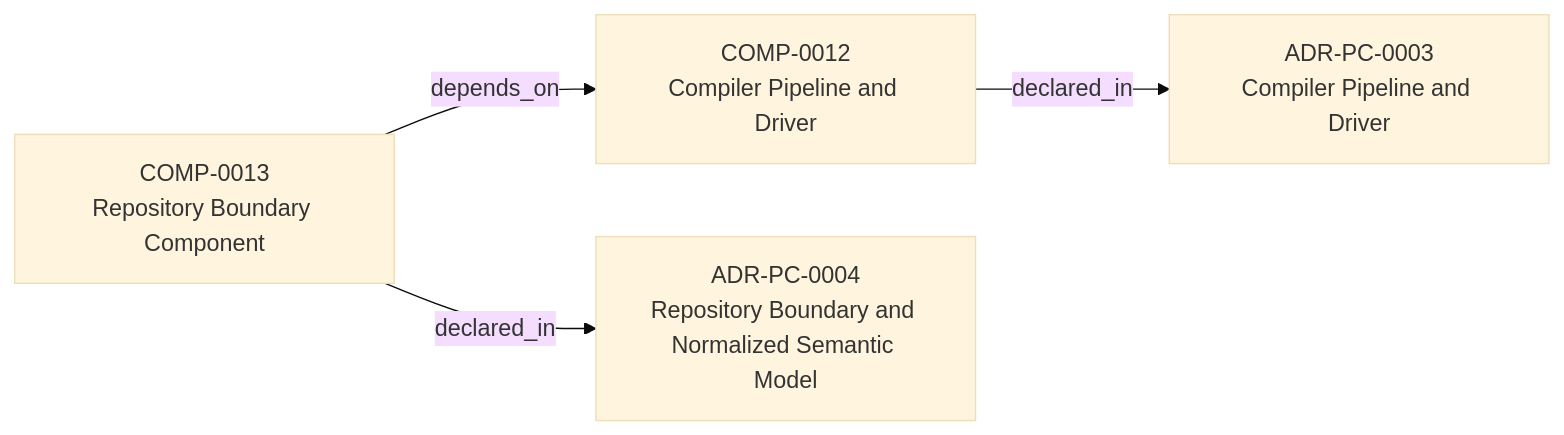
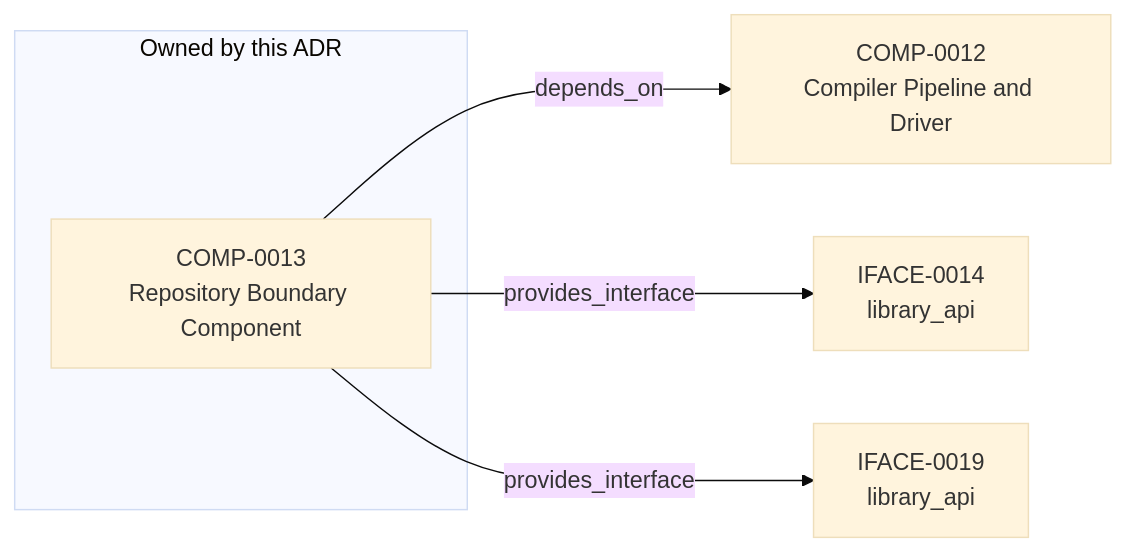
Before and after one commit to egallmann/adr-architecture-kit: the diagram in adrs/adr-projection/physical-component/ADR-PC-0004-repository-boundary-and-normalized-semantic-model.md, drawn with Mermaid (base theme). The commit also changed other lines of this file and 37 other files, not shown here.

````diff
--- a/adrs/adr-projection/physical-component/ADR-PC-0004-repository-boundary-and-normalized-semantic-model.md
+++ b/adrs/adr-projection/physical-component/ADR-PC-0004-repository-boundary-and-normalized-semantic-model.md
@@ -57,10 +71,12 @@
 ```mermaid
 flowchart LR
+  subgraph subject["Owned by this ADR"]
+    n_019fee89_e618_74d1_9a1f_37e2c2982a51["COMP-0013<br/>Repository Boundary Component"]
+  end
   n_019fee89_e617_76ad_9336_b3615a6e4bde["COMP-0012<br/>Compiler Pipeline and Driver"]
-  n_019fee89_e618_73ce_aa2d_101276d64e33["ADR-PC-0004<br/>Repository Boundary and Normalized Semantic Model"]
-  n_019fee89_e618_74d1_9a1f_37e2c2982a51["COMP-0013<br/>Repository Boundary Component"]
-  n_019fee89_e618_7b76_843f_cfe21ceb2ea6["ADR-PC-0003<br/>Compiler Pipeline and Driver"]
-  n_019fee89_e617_76ad_9336_b3615a6e4bde -->|"declared_in"| n_019fee89_e618_7b76_843f_cfe21ceb2ea6
-  n_019fee89_e618_74d1_9a1f_37e2c2982a51 -->|"declared_in"| n_019fee89_e618_73ce_aa2d_101276d64e33
+  n_019fee89_e618_74e7_882f_04f858aecaf0["IFACE-0014<br/>library_api"]
+  n_019fee89_e618_7dab_893c_05d961de3a7d["IFACE-0019<br/>library_api"]
   n_019fee89_e618_74d1_9a1f_37e2c2982a51 -->|"depends_on"| n_019fee89_e617_76ad_9336_b3615a6e4bde
+  n_019fee89_e618_74d1_9a1f_37e2c2982a51 -->|"provides_interface"| n_019fee89_e618_74e7_882f_04f858aecaf0
+  n_019fee89_e618_74d1_9a1f_37e2c2982a51 -->|"provides_interface"| n_019fee89_e618_7dab_893c_05d961de3a7d
 ```
````
